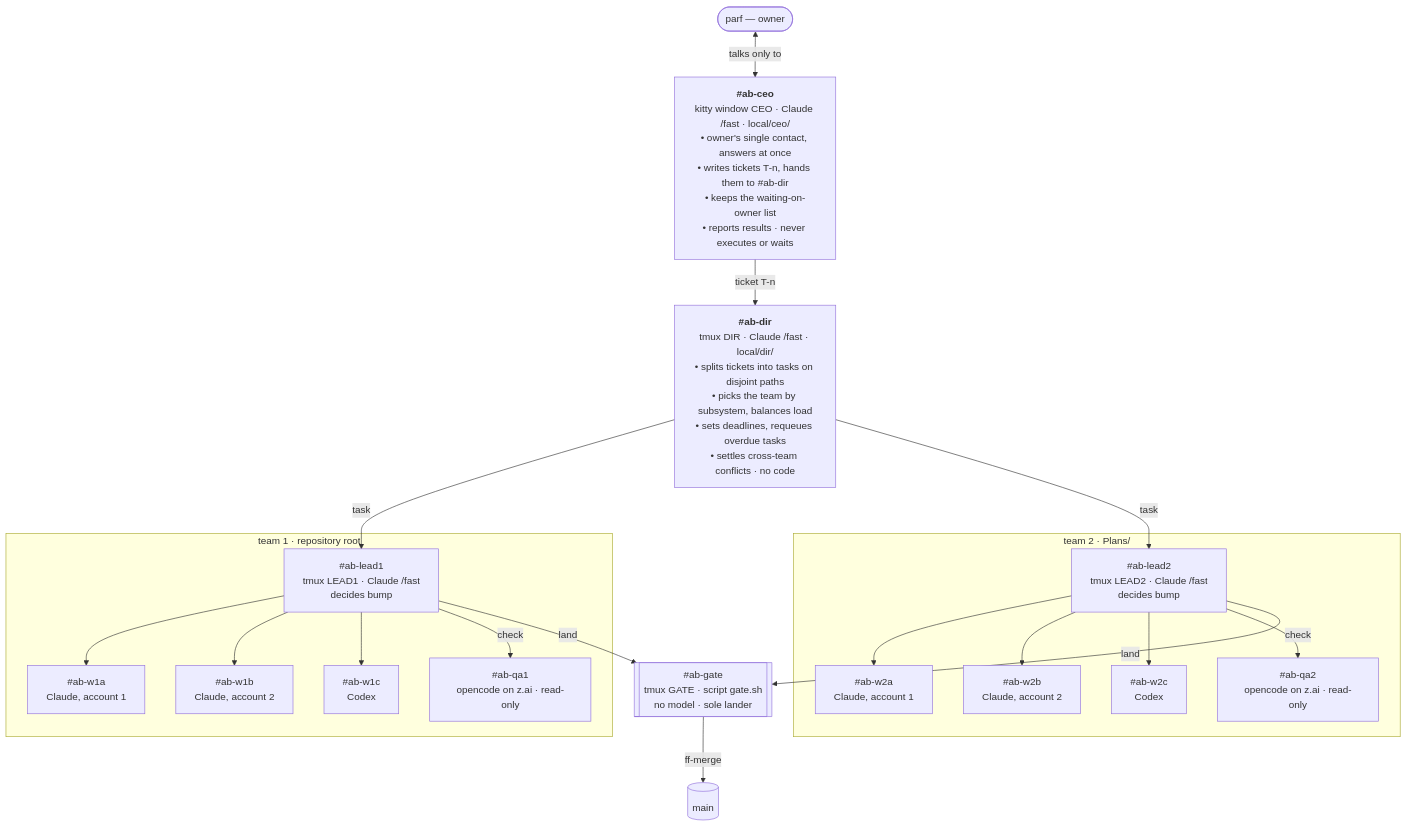
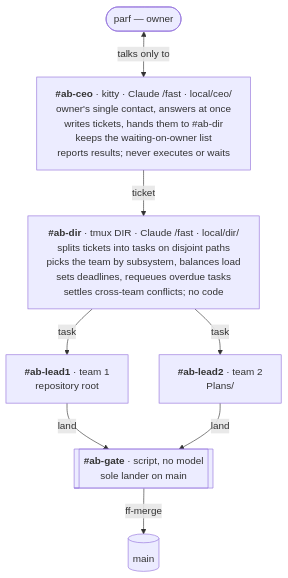
One commit to parf/ai-agent-bus changed the first of 3 diagrams in Plans/Team.v2/README.md. Above: the diagram before and after it, drawn with Mermaid. The commit also changed other lines of this file, not shown here.

Commit message:
Team v2 diagrams split into an overview and one team, sized for a narrow column

````diff
--- a/Plans/Team.v2/README.md
+++ b/Plans/Team.v2/README.md
@@ -27,31 +27,26 @@
 ```mermaid
+%%{init: {"flowchart": {"wrappingWidth": 420}}}%%
 flowchart TD
   parf(["parf — owner"]) <-->|talks only to| ceo
-  ceo["<b>#ab-ceo</b><br/>kitty window CEO · Claude /fast · local/ceo/<br/>• owner's single contact, answers at once<br/>• writes tickets T-n, hands them to #ab-dir<br/>• keeps the waiting-on-owner list<br/>• reports results · never executes or waits"]
-  dir["<b>#ab-dir</b><br/>tmux DIR · Claude /fast · local/dir/<br/>• splits tickets into tasks on disjoint paths<br/>• picks the team by subsystem, balances load<br/>• sets deadlines, requeues overdue tasks<br/>• settles cross-team conflicts · no code"]
-  subgraph team1 ["team 1 · repository root"]
-    lead1["#ab-lead1<br/>tmux LEAD1 · Claude /fast<br/>decides bump"]
-    w1a["#ab-w1a<br/>Claude, account 1"]
-    w1b["#ab-w1b<br/>Claude, account 2"]
-    w1c["#ab-w1c<br/>Codex"]
-    qa1["#ab-qa1<br/>opencode on z.ai · read-only"]
-  end
-  subgraph team2 ["team 2 · Plans/"]
-    lead2["#ab-lead2<br/>tmux LEAD2 · Claude /fast<br/>decides bump"]
-    w2a["#ab-w2a<br/>Claude, account 1"]
-    w2b["#ab-w2b<br/>Claude, account 2"]
-    w2c["#ab-w2c<br/>Codex"]
-    qa2["#ab-qa2<br/>opencode on z.ai · read-only"]
-  end
-  gate[["#ab-gate<br/>tmux GATE · script gate.sh<br/>no model · sole lander"]]
+  ceo["`**#ab-ceo** · kitty · Claude /fast · local/ceo/
+  owner's single contact, answers at once
+  writes tickets, hands them to #ab-dir
+  keeps the waiting-on-owner list
+  reports results; never executes or waits`"]
+  dir["`**#ab-dir** · tmux DIR · Claude /fast · local/dir/
+  splits tickets into tasks on disjoint paths
+  picks the team by subsystem, balances load
+  sets deadlines, requeues overdue tasks
+  settles cross-team conflicts; no code`"]
+  lead1["`**#ab-lead1** · team 1
+  repository root`"]
+  lead2["`**#ab-lead2** · team 2
+  Plans/`"]
+  gate[["`**#ab-gate** · script, no model
+  sole lander on main`"]]
   main[("main")]
-
-  ceo -->|ticket T-n| dir
+  ceo -->|ticket| dir
   dir -->|task| lead1 & lead2
-  lead1 --> w1a & w1b & w1c
-  lead1 -->|check| qa1
-  lead2 --> w2a & w2b & w2c
-  lead2 -->|check| qa2
   lead1 & lead2 -->|land| gate
   gate -->|ff-merge| main
 ```
````
